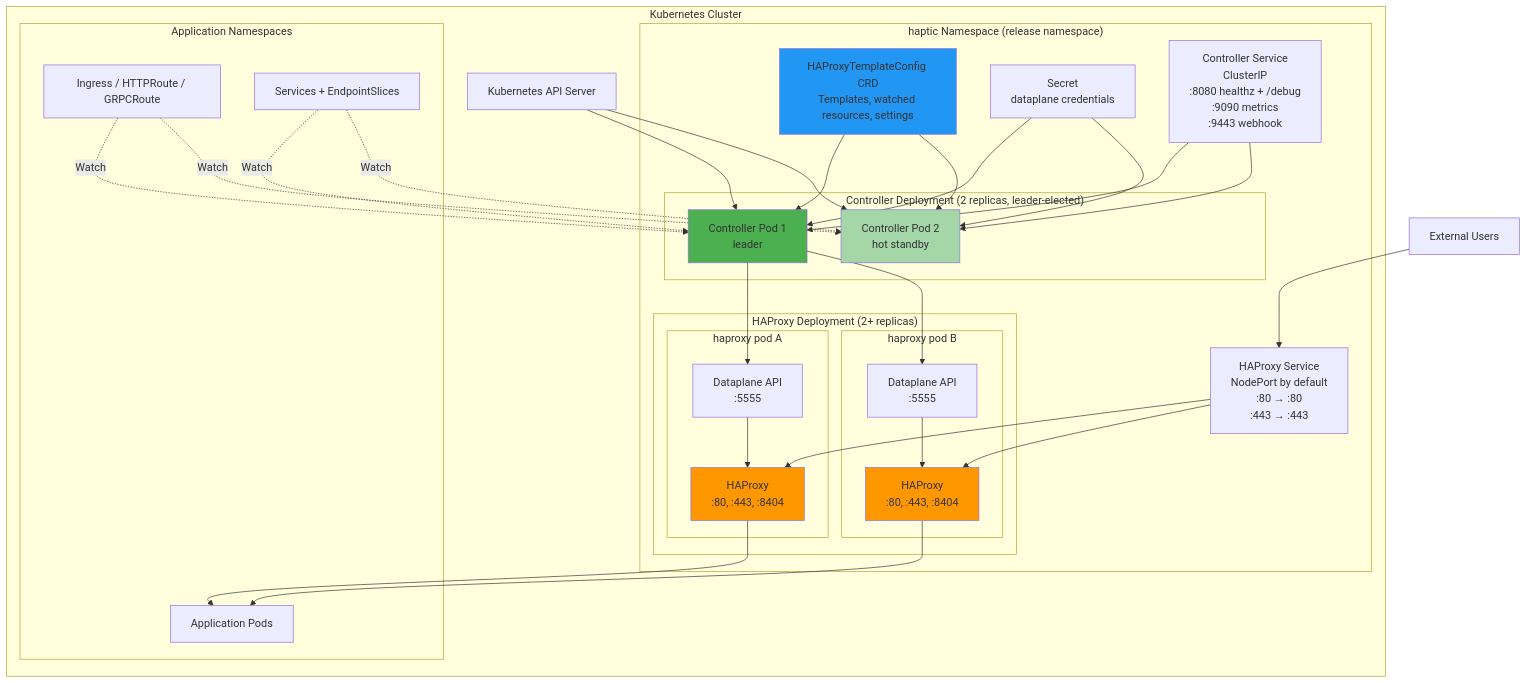
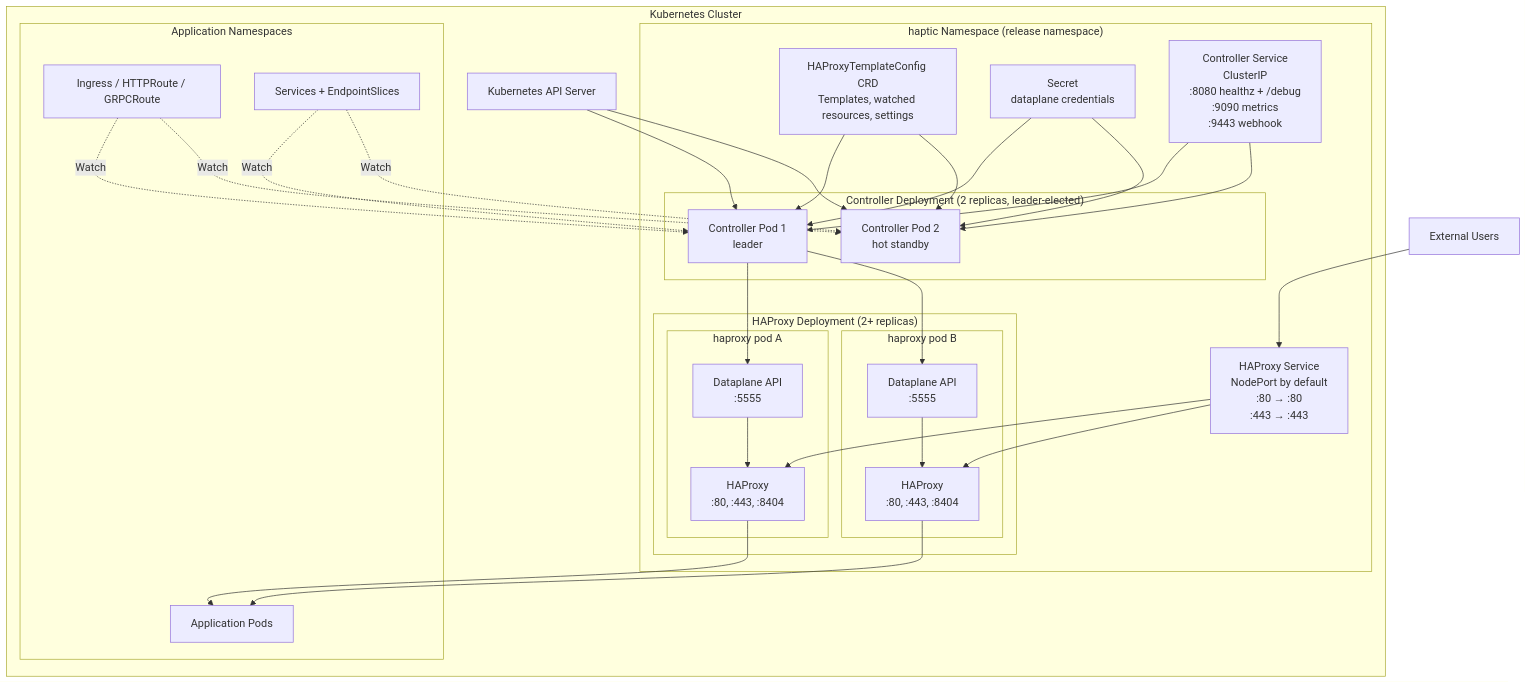
One commit to HAProxy-Template-IC/haproxy-template-ingress-controller changed the first of 3 diagrams in docs/site/docs/development/design/deployment.md. Above: the diagram before and after it, drawn with Mermaid. The commit also changed other lines of this file and 6 other files, not shown here.

Commit message:
docs: page-polish pass — theme-native mermaid, table code wrapping, validation-claim sweep, broken-diagram repair

````diff
--- a/docs/site/docs/development/design/deployment.md
+++ b/docs/site/docs/development/design/deployment.md
@@ -5,61 +5,56 @@
 ```mermaid
 graph TB
     subgraph "Kubernetes Cluster"
         API[Kubernetes API Server]
 
         subgraph "haptic Namespace (release namespace)"
             subgraph "Controller Deployment (2 replicas, leader-elected)"
                 CTRL1[Controller Pod 1<br/>leader]
                 CTRL2[Controller Pod 2<br/>hot standby]
             end
 
             HTPLCFG[HAProxyTemplateConfig CRD<br/>Templates, watched resources, settings]
             CREDS[Secret<br/>dataplane credentials]
 
             CTRL_SVC[Controller Service<br/>ClusterIP<br/>:8080 healthz + /debug<br/>:9090 metrics<br/>:9443 webhook]
 
             subgraph "HAProxy Deployment (2+ replicas)"
                 subgraph "haproxy pod A"
                     HAP1[HAProxy<br/>:80, :443, :8404]
                     DP1[Dataplane API<br/>:5555]
                 end
                 subgraph "haproxy pod B"
                     HAP2[HAProxy<br/>:80, :443, :8404]
                     DP2[Dataplane API<br/>:5555]
                 end
             end
 
             HAP_SVC[HAProxy Service<br/>NodePort by default<br/>:80 → :80<br/>:443 → :443]
         end
 
         subgraph "Application Namespaces"
             ING[Ingress / HTTPRoute / GRPCRoute]
             APPSVC[Services + EndpointSlices]
             PODS[Application Pods]
         end
     end
 
     USERS[External Users] --> HAP_SVC
     HAP_SVC --> HAP1
     HAP_SVC --> HAP2
 
     CTRL_SVC --> CTRL1 & CTRL2
     API --> CTRL1 & CTRL2
     HTPLCFG --> CTRL1 & CTRL2
     CREDS --> CTRL1 & CTRL2
     ING -.Watch.-> CTRL1 & CTRL2
     APPSVC -.Watch.-> CTRL1 & CTRL2
 
     CTRL1 --> DP1 & DP2
     DP1 --> HAP1
     DP2 --> HAP2
 
     HAP1 --> PODS
     HAP2 --> PODS
 
-    style CTRL1 fill:#4CAF50
-    style CTRL2 fill:#A5D6A7
-    style HAP1 fill:#FF9800
-    style HAP2 fill:#FF9800
-    style HTPLCFG fill:#2196F3
 ```
````
